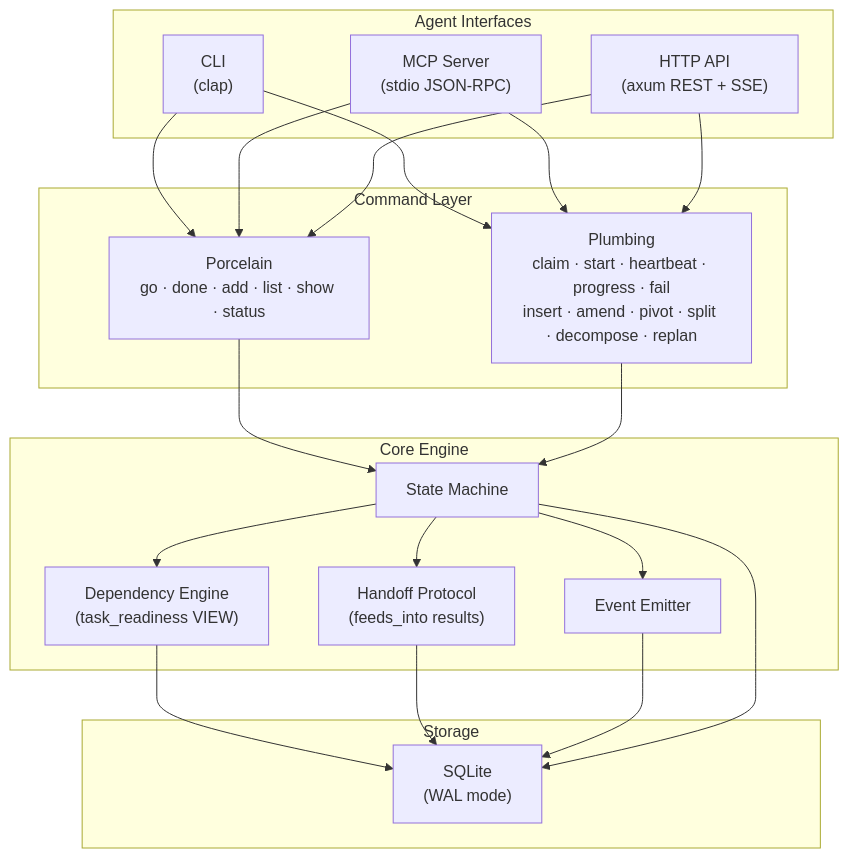
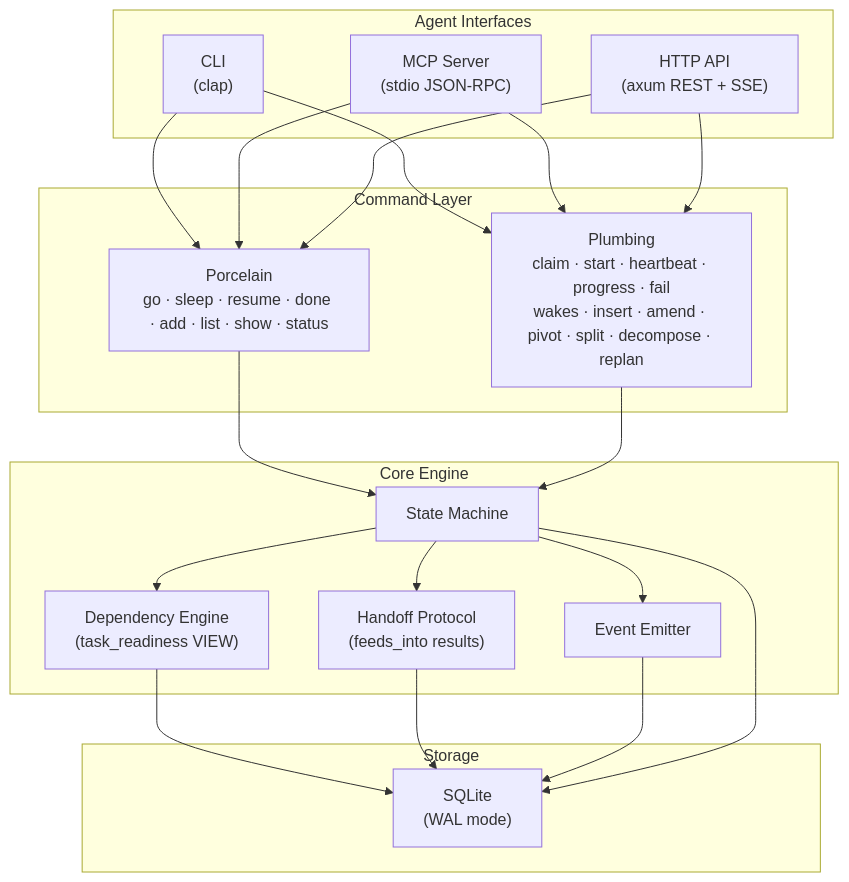
Before and after one commit to BudEcosystem/taskgraph: the second of 11 diagrams in docs/ARCHITECTURE.md, drawn with Mermaid. The commit also changed other lines of this file and 17 other files, not shown here.

````diff
--- a/docs/ARCHITECTURE.md
+++ b/docs/ARCHITECTURE.md
@@ -48,40 +48,40 @@
 ```mermaid
 graph TB
     subgraph "Agent Interfaces"
         CLI["CLI<br/>(clap)"]
         MCP["MCP Server<br/>(stdio JSON-RPC)"]
         HTTP["HTTP API<br/>(axum REST + SSE)"]
     end
 
     subgraph "Command Layer"
-        PORCELAIN["Porcelain<br/>go · done · add · list · show · status"]
-        PLUMBING["Plumbing<br/>claim · start · heartbeat · progress · fail<br/>insert · amend · pivot · split · decompose · replan"]
+        PORCELAIN["Porcelain<br/>go · sleep · resume · done · add · list · show · status"]
+        PLUMBING["Plumbing<br/>claim · start · heartbeat · progress · fail<br/>wakes · insert · amend · pivot · split · decompose · replan"]
     end
 
     subgraph "Core Engine"
         SM["State Machine"]
         DEP["Dependency Engine<br/>(task_readiness VIEW)"]
         HANDOFF["Handoff Protocol<br/>(feeds_into results)"]
         EVENTS["Event Emitter"]
     end
 
     subgraph "Storage"
         SQLITE["SQLite<br/>(WAL mode)"]
     end
 
     CLI --> PORCELAIN
     MCP --> PORCELAIN
     HTTP --> PORCELAIN
     CLI --> PLUMBING
     MCP --> PLUMBING
     HTTP --> PLUMBING
     PORCELAIN --> SM
     PLUMBING --> SM
     SM --> DEP
     SM --> HANDOFF
     SM --> EVENTS
     DEP --> SQLITE
     HANDOFF --> SQLITE
     EVENTS --> SQLITE
     SM --> SQLITE
 ```
````
